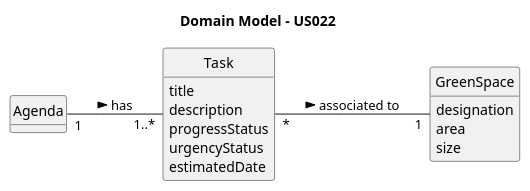
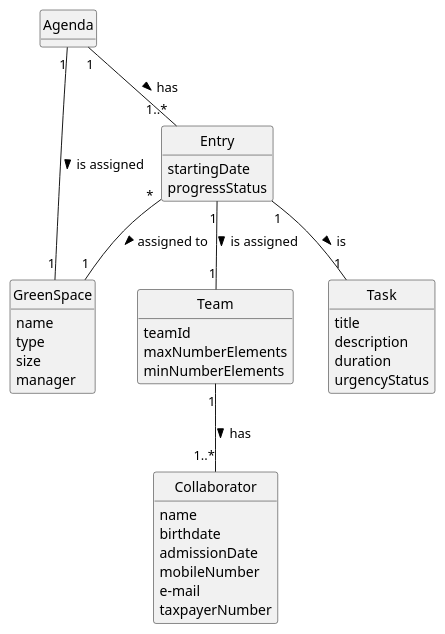
The diagram in docs/sprintC/us022/02.analysis/puml/us022-domain-model.puml (ricardomm7/leaflink), drawn with PlantUML before and after one commit. The commit also changed 14 other files, not shown here.

```diff
--- a/docs/sprintC/us022/02.analysis/puml/us022-domain-model.puml
+++ b/docs/sprintC/us022/02.analysis/puml/us022-domain-model.puml
@@ -1,37 +1,69 @@
 @startuml
 skinparam monochrome true
 skinparam packageStyle rectangle
 skinparam shadowing false
 
-title Domain Model - US022
-
-left to right direction
+'left to right direction
 
 skinparam classAttributeIconSize 0
+
 hide circle
 hide methods
 
-class Agenda {
+
+class Collaborator {
+    name
+    birthdate
+    admissionDate
+    mobileNumber
+    e-mail
+    taxpayerNumber
+}
+
+class Team {
+    teamId
+    maxNumberElements
+    minNumberElements
+}
+
+class GreenSpace{
+    name
+    type
+    size
+    manager
 
 }
+
+class Entry {
+    startingDate
+    progressStatus
+
+}
+
 
 class Task {
     title
     description
-    progressStatus
+    duration
     urgencyStatus
-    estimatedDate
+
 }
 
-class GreenSpace{
-    designation
-    area
-    size
+class Agenda{
 }
 
+Agenda "1" -- "1..*" Entry: has >
 
-Agenda "1" -- "1..*" Task : has >
+Entry "1" -- "1" Task: is >
 
-Task "*" -- "1" GreenSpace: associated to >
+Entry "*" -- "1" GreenSpace : assigned to >
+
+Entry "1" -- "1" Team : is assigned >
+
+Team "1" -- "1..*" Collaborator : has >
+
+Agenda "1" -- "1" GreenSpace : is assigned >
+
+
 
 @enduml
```
